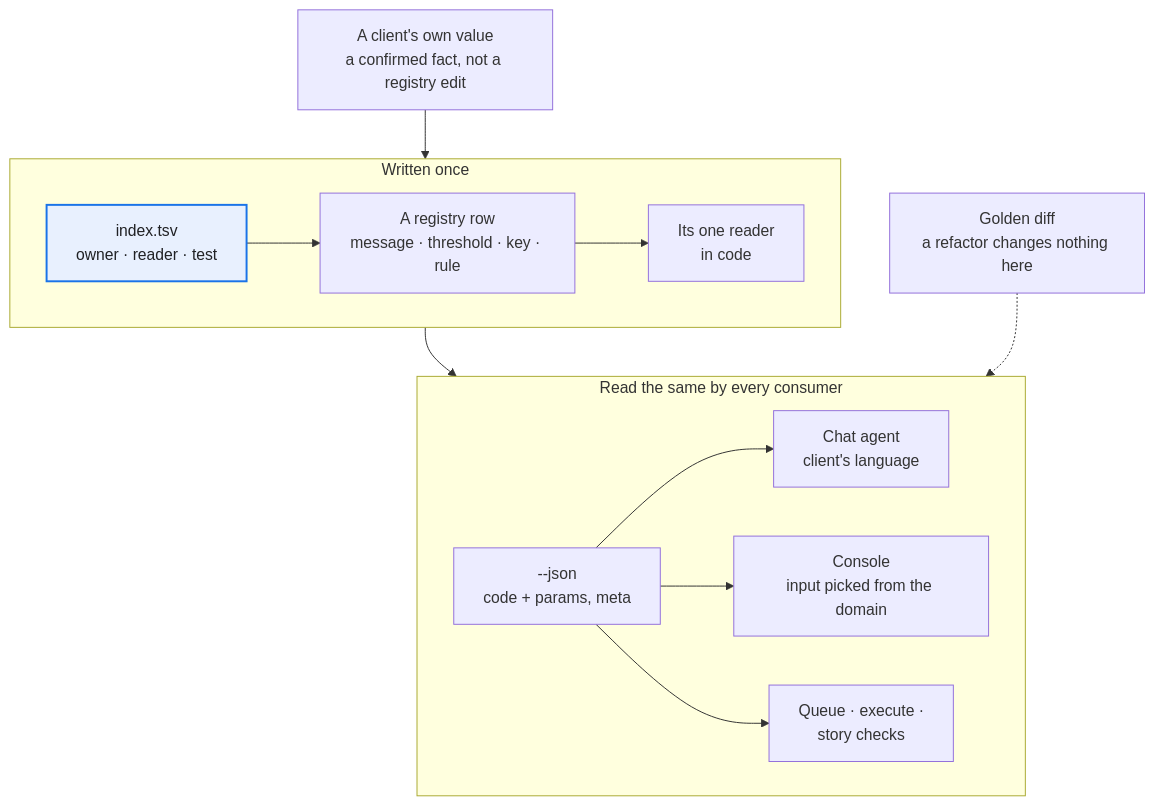
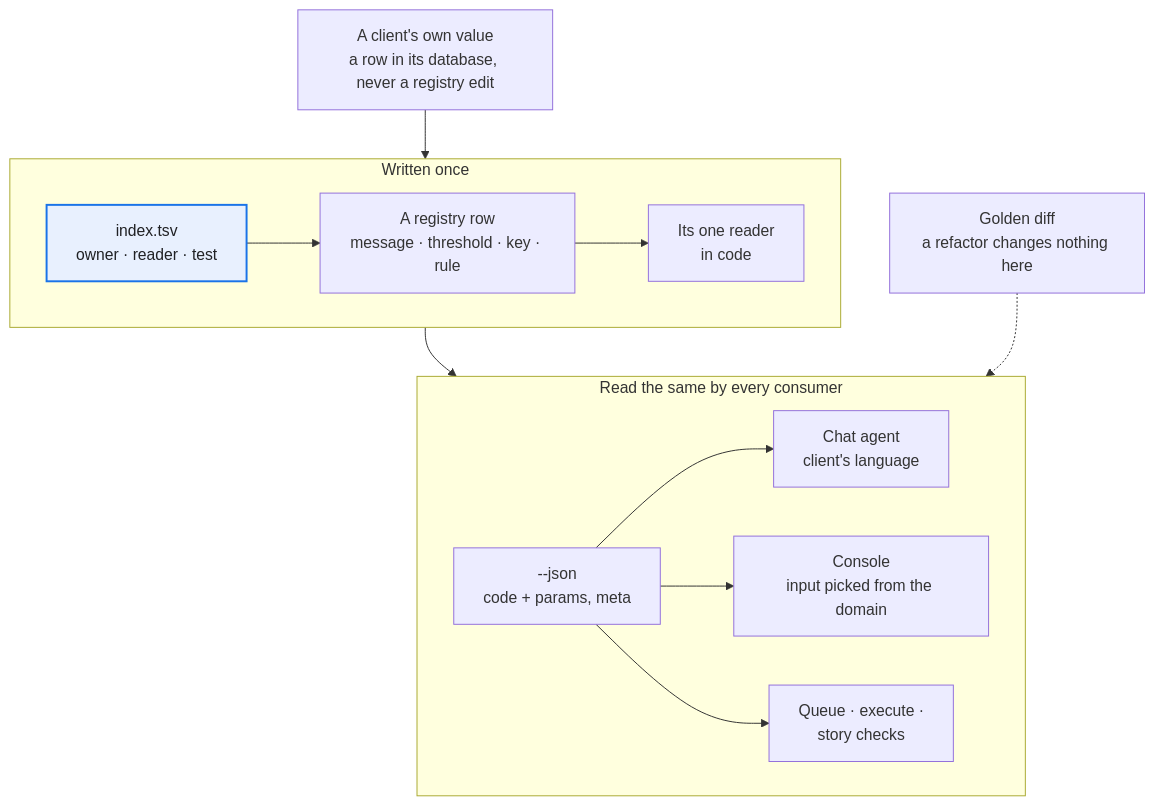
Before and after one commit to thaddeus-builds/skill-pack-playbook: the third of 3 diagrams in docs/rules.md, drawn with Mermaid. The commit also changed other lines of this file and 10 other files, not shown here.

First line of the commit message:
kit 0.25.0: a client's own settings never edit ssot (guards.ssot.check_writes)

````diff
--- a/docs/rules.md
+++ b/docs/rules.md
@@ -111,17 +111,17 @@
 ```mermaid
 flowchart TB
     subgraph W["Written once"]
       direction LR
       IX["index.tsv<br/>owner · reader · test"]:::owner --> REG["A registry row<br/>message · threshold · key · rule"] --> RD["Its one reader<br/>in code"]
     end
     subgraph C["Read the same by every consumer"]
       direction LR
       J["--json<br/>code + params, meta"] --> AG["Chat agent<br/>client's language"]
       J --> WC["Console<br/>input picked from the domain"]
       J --> SC["Queue · execute ·<br/>story checks"]
     end
-    FC["A client's own value<br/>a confirmed fact, not a registry edit"] --> W
+    FC["A client's own value<br/>a row in its database, never a registry edit"] --> W
     W --> C
     GD["Golden diff<br/>a refactor changes nothing here"] -.-> C
     classDef owner fill:#e8f0fe,stroke:#1a73e8,stroke-width:2px,color:#202124
 ```
````
